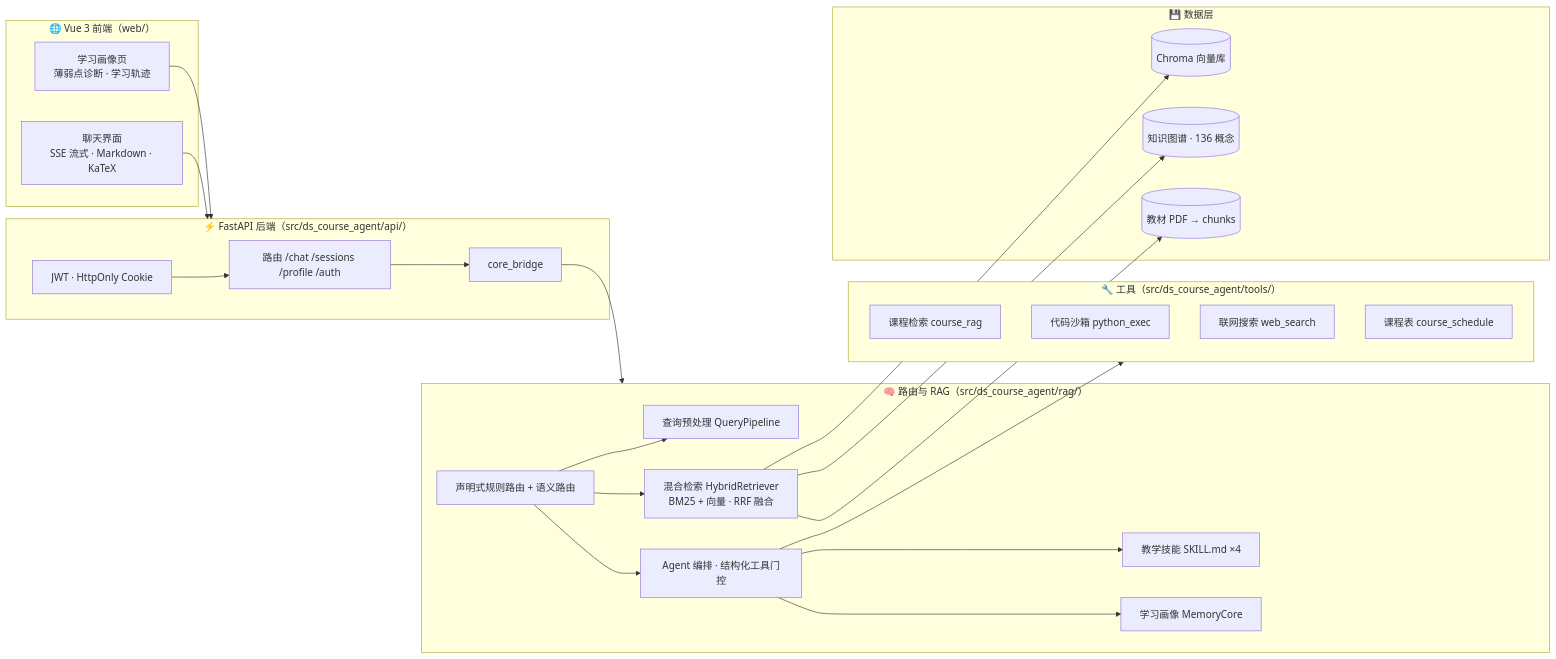
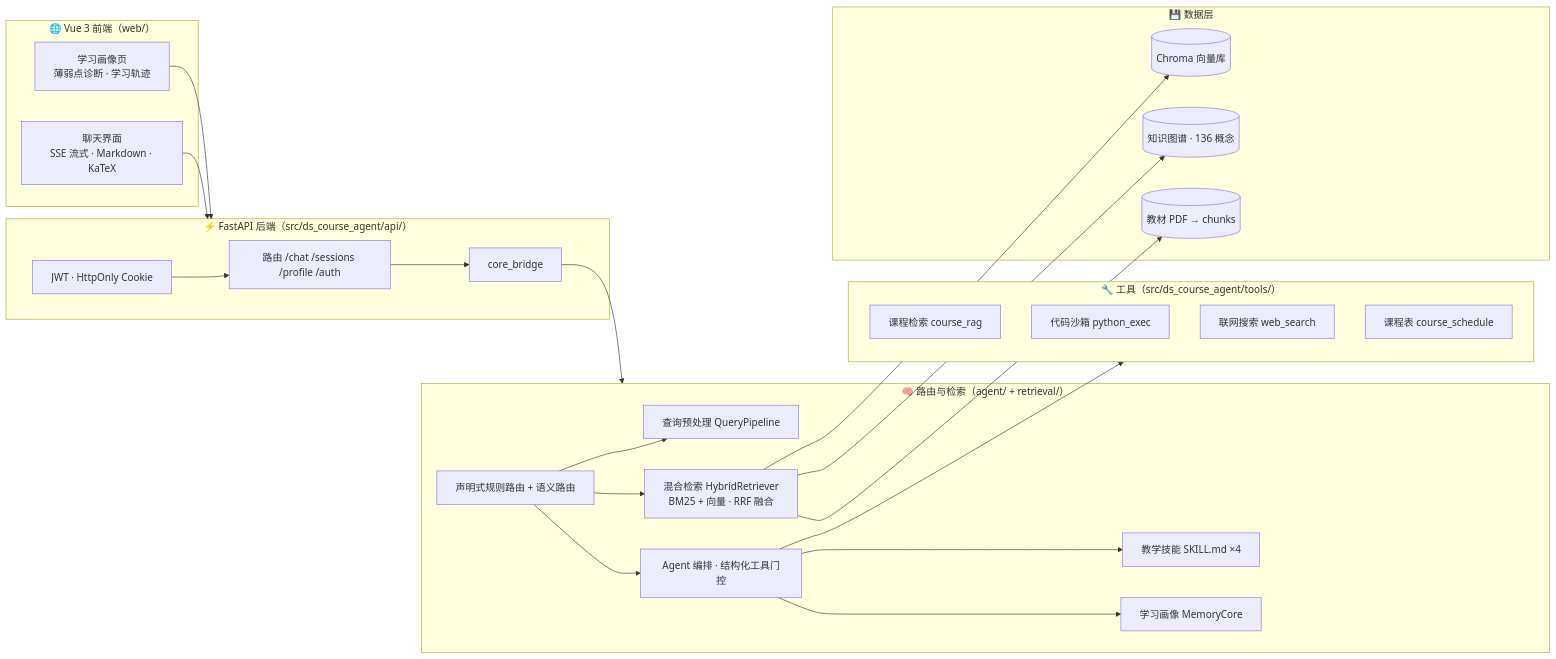
One commit to 1llusion-ai/ds-course-agent changed the diagram in README.md. Above: the diagram before and after it, drawn with Mermaid. The commit also changed other lines of this file and 202 other files, not shown here.

Commit message:
refactor: complete agent architecture migration

````diff
--- a/README.md
+++ b/README.md
@@ -110,50 +110,50 @@
 ```mermaid
 flowchart LR
     subgraph FE["🌐 Vue 3 前端（web/）"]
         UI["聊天界面<br/>SSE 流式 · Markdown · KaTeX"]
         PF["学习画像页<br/>薄弱点诊断 · 学习轨迹"]
     end
 
     subgraph API["⚡ FastAPI 后端（src/ds_course_agent/api/）"]
         RT["路由 /chat /sessions /profile /auth"]
         AUTH["JWT · HttpOnly Cookie"]
         BRIDGE["core_bridge"]
     end
 
-    subgraph RAG["🧠 路由与 RAG（src/ds_course_agent/rag/）"]
+    subgraph RAG["🧠 路由与检索（agent/ + retrieval/）"]
         QP["查询预处理 QueryPipeline"]
         ROUTER["声明式规则路由 + 语义路由"]
         RETR["混合检索 HybridRetriever<br/>BM25 + 向量 · RRF 融合"]
         AGENT["Agent 编排 · 结构化工具门控"]
         SKILL["教学技能 SKILL.md ×4"]
         MEM["学习画像 MemoryCore"]
     end
 
     subgraph TOOLS["🔧 工具（src/ds_course_agent/tools/）"]
         CRAG["课程检索 course_rag"]
         PEXEC["代码沙箱 python_exec"]
         WSEARCH["联网搜索 web_search"]
         WSCHED["课程表 course_schedule"]
     end
 
     subgraph DATA["💾 数据层"]
         CHROMA[("Chroma 向量库")]
         KG[("知识图谱 · 136 概念")]
         PDF[("教材 PDF → chunks")]
     end
 
     UI --> API
     PF --> API
     AUTH --> RT
     RT --> BRIDGE
     BRIDGE --> RAG
     ROUTER --> QP
     ROUTER --> RETR
     ROUTER --> AGENT
     AGENT --> SKILL
     AGENT --> MEM
     AGENT --> TOOLS
     RETR --> CHROMA
     RETR --> KG
     RETR --> PDF
 ```
````
